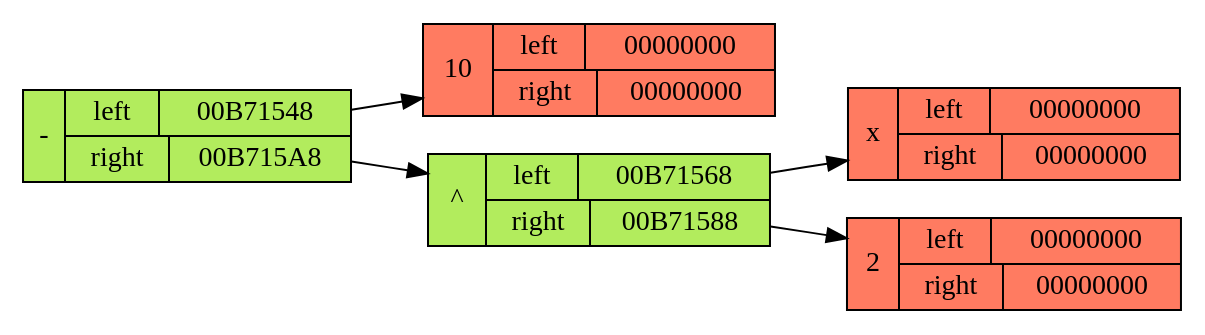
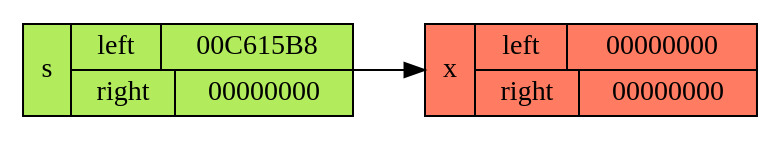
One commit to 4locker4/Differentiator changed the diagram in logs/FirstGraphDump.dot. Above: the diagram before and after it, drawn with Graphviz. The commit also changed 25 other files, not shown here.

```diff
--- a/logs/FirstGraphDump.dot
+++ b/logs/FirstGraphDump.dot
@@ -1,19 +1,10 @@
 digraph differentiator{
 	rankdir=LR;
 	bgcolor="#FFFFFF";	node[color="black", fontsize=14];
 	fixedsize=true;
-	Q00B715C8[style=filled, shape=record, fillcolor="#B2EC5D", width=2, label ="{- | {{left | 00B71548} | {right | 00B715A8}}}" ]
-	Q00B71548[style=filled, shape=record, fillcolor="#FF7B61", width=2, label ="{10 | {{left | 00000000} | {right | 00000000}}}" ]
+	Q00C615D8[style=filled, shape=record, fillcolor="#B2EC5D", width=2, label ="{s | {{left | 00C615B8} | {right | 00000000}}}" ]
+	Q00C615B8[style=filled, shape=record, fillcolor="#FF7B61", width=2, label ="{x | {{left | 00000000} | {right | 00000000}}}" ]
 
-	Q00B715A8[style=filled, shape=record, fillcolor="#B2EC5D", width=2, label ="{^ | {{left | 00B71568} | {right | 00B71588}}}" ]
-	Q00B71568[style=filled, shape=record, fillcolor="#FF7B61", width=2, label ="{x | {{left | 00000000} | {right | 00000000}}}" ]
-
-	Q00B71588[style=filled, shape=record, fillcolor="#FF7B61", width=2, label ="{2 | {{left | 00000000} | {right | 00000000}}}" ]
-
-	Q00B715A8 -> Q00B71568
-	Q00B715A8 -> Q00B71588
-
-	Q00B715C8 -> Q00B71548
-	Q00B715C8 -> Q00B715A8
+	Q00C615D8 -> Q00C615B8
 
 }
```
